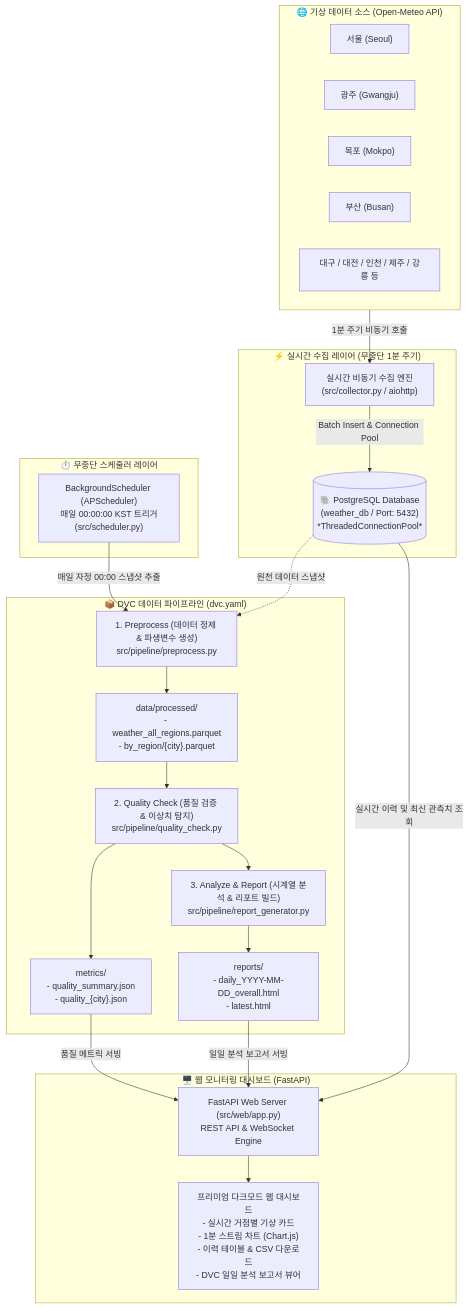
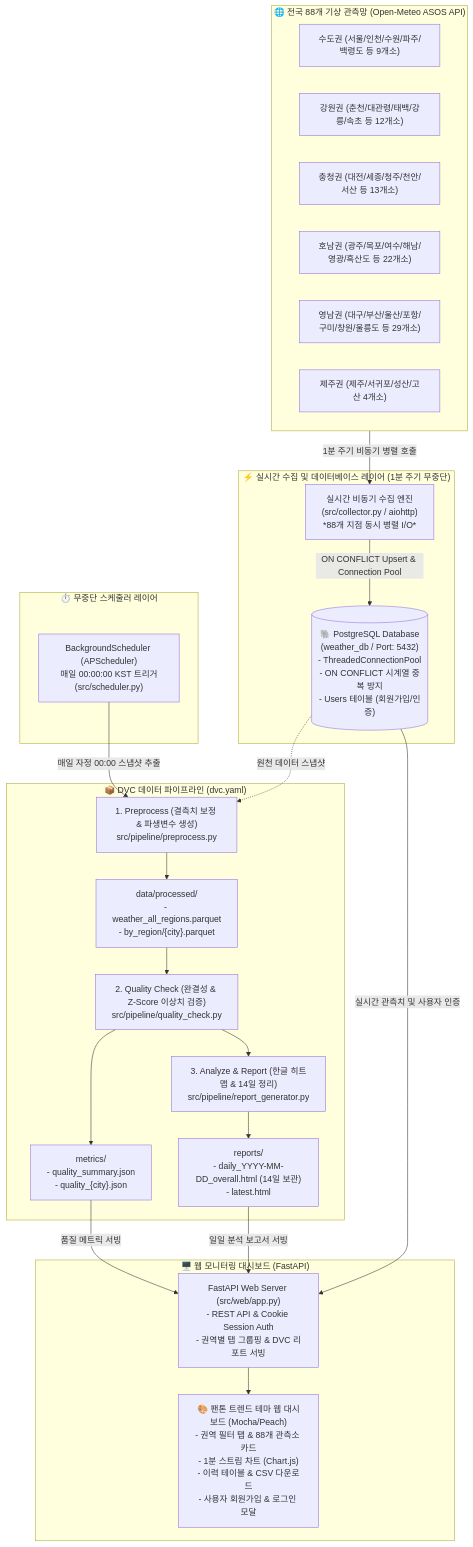
The first of 3 diagrams in README.md (hugingstar/WeatherDVC), drawn with Mermaid before and after one commit. The commit also changed other lines of this file, not shown here.

Commit message:
docs: Update README.md with latest architecture, ER diagram, sequence diagram, and feature docs

````diff
--- a/README.md
+++ b/README.md
@@ -9,57 +9,58 @@
 ```mermaid
 flowchart TD
     %% Multi-Region Data Sources
-    subgraph Data_Sources ["🌐 기상 데이터 소스 (Open-Meteo API)"]
-        Loc1["서울 (Seoul)"]
-        Loc2["광주 (Gwangju)"]
-        Loc3["목포 (Mokpo)"]
-        Loc4["부산 (Busan)"]
-        Loc5["대구 / 대전 / 인천 / 제주 / 강릉 등"]
+    subgraph Data_Sources ["🌐 전국 88개 기상 관측망 (Open-Meteo ASOS API)"]
+        Loc1["수도권 (서울/인천/수원/파주/백령도 등 9개소)"]
+        Loc2["강원권 (춘천/대관령/태백/강릉/속초 등 12개소)"]
+        Loc3["충청권 (대전/세종/청주/천안/서산 등 13개소)"]
+        Loc4["호남권 (광주/목포/여수/해남/영광/흑산도 등 22개소)"]
+        Loc5["영남권 (대구/부산/울산/포항/구미/창원/울릉도 등 29개소)"]
+        Loc6["제주권 (제주/서귀포/성산/고산 4개소)"]
     end
 
     %% Ingestion Layer
-    subgraph Ingestion_Layer ["⚡ 실시간 수집 레이어 (무중단 1분 주기)"]
-        Collector["실시간 비동기 수집 엔진<br/>(src/collector.py / aiohttp)"]
-        DB[("🐘 PostgreSQL Database<br/>(weather_db / Port: 5432)<br/>*ThreadedConnectionPool*")]
+    subgraph Ingestion_Layer ["⚡ 실시간 수집 및 데이터베이스 레이어 (1분 주기 무중단)"]
+        Collector["실시간 비동기 수집 엔진<br/>(src/collector.py / aiohttp)<br/>*88개 지점 동시 병렬 I/O*"]
+        DB[("🐘 PostgreSQL Database<br/>(weather_db / Port: 5432)<br/>- ThreadedConnectionPool<br/>- ON CONFLICT 시계열 중복 방지<br/>- Users 테이블 (회원가입/인증)")]
     end
 
     %% DVC Pipeline
     subgraph DVC_Pipeline ["📦 DVC 데이터 파이프라인 (dvc.yaml)"]
-        Stage1["1. Preprocess (데이터 정제 & 파생변수 생성)<br/>src/pipeline/preprocess.py"]
-        Stage2["2. Quality Check (품질 검증 & 이상치 탐지)<br/>src/pipeline/quality_check.py"]
-        Stage3["3. Analyze & Report (시계열 분석 & 리포트 빌드)<br/>src/pipeline/report_generator.py"]
+        Stage1["1. Preprocess (결측치 보정 & 파생변수 생성)<br/>src/pipeline/preprocess.py"]
+        Stage2["2. Quality Check (완결성 & Z-Score 이상치 검증)<br/>src/pipeline/quality_check.py"]
+        Stage3["3. Analyze & Report (한글 히트맵 & 14일 정리)<br/>src/pipeline/report_generator.py"]
         
         Out_Processed["data/processed/<br/>- weather_all_regions.parquet<br/>- by_region/{city}.parquet"]
         Out_Metrics["metrics/<br/>- quality_summary.json<br/>- quality_{city}.json"]
-        Out_Reports["reports/<br/>- daily_YYYY-MM-DD_overall.html<br/>- latest.html"]
+        Out_Reports["reports/<br/>- daily_YYYY-MM-DD_overall.html (14일 보관)<br/>- latest.html"]
     end
 
     %% Automation Layer
     subgraph Scheduler_Layer ["⏱️ 무중단 스케줄러 레이어"]
         Scheduler["BackgroundScheduler (APScheduler)<br/>매일 00:00:00 KST 트리거<br/>(src/scheduler.py)"]
     end
 
     %% Web Presentation Layer
     subgraph Web_Layer ["🖥️ 웹 모니터링 대시보드 (FastAPI)"]
-        Server["FastAPI Web Server (src/web/app.py)<br/>REST API & WebSocket Engine"]
-        UI["프리미엄 다크모드 웹 대시보드<br/>- 실시간 거점별 기상 카드<br/>- 1분 스트림 차트 (Chart.js)<br/>- 이력 테이블 & CSV 다운로드<br/>- DVC 일일 분석 보고서 뷰어"]
+        Server["FastAPI Web Server (src/web/app.py)<br/>- REST API & Cookie Session Auth<br/>- 권역별 탭 그룹핑 & DVC 리포트 서빙"]
+        UI["🎨 팬톤 트렌드 테마 웹 대시보드 (Mocha/Peach)<br/>- 권역 필터 탭 & 88개 관측소 카드<br/>- 1분 스트림 차트 (Chart.js)<br/>- 이력 테이블 & CSV 다운로드<br/>- 사용자 회원가입 & 로그인 모달"]
     end
 
     %% Connections
-    Data_Sources -->|1분 주기 비동기 호출| Collector
-    Collector -->|Batch Insert & Connection Pool| DB
+    Data_Sources -->|1분 주기 비동기 병렬 호출| Collector
+    Collector -->|ON CONFLICT Upsert & Connection Pool| DB
 
     Scheduler -->|매일 자정 00:00 스냅샷 추출| Stage1
     DB -.->|원천 데이터 스냅샷| Stage1
 
     Stage1 --> Out_Processed
     Out_Processed --> Stage2
     Stage2 --> Out_Metrics
     Stage2 --> Stage3
     Stage3 --> Out_Reports
 
-    DB -->|실시간 이력 및 최신 관측치 조회| Server
+    DB -->|실시간 관측치 및 사용자 인증| Server
     Out_Metrics -->|품질 메트릭 서빙| Server
     Out_Reports -->|일일 분석 보고서 서빙| Server
     Server --> UI
 ```
````
